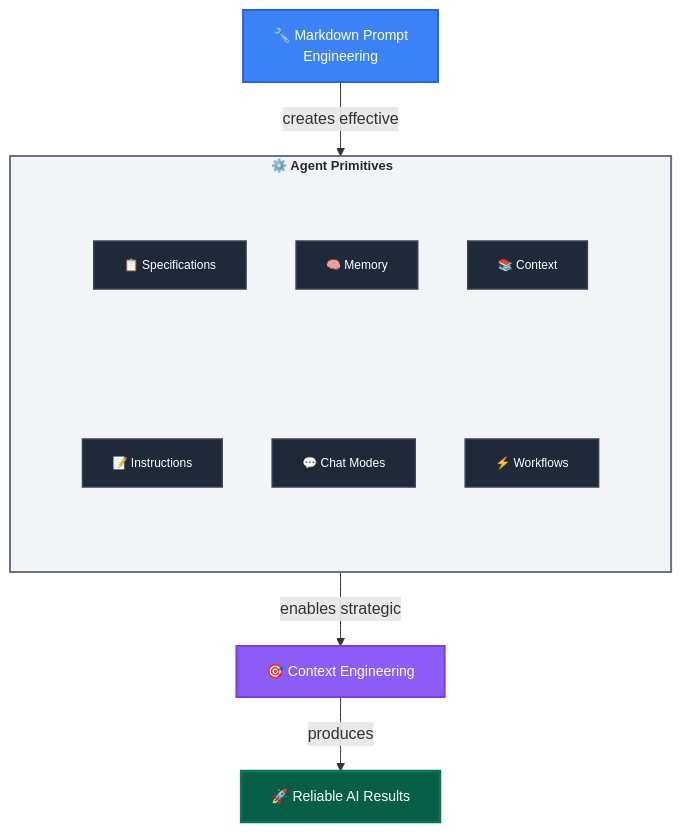
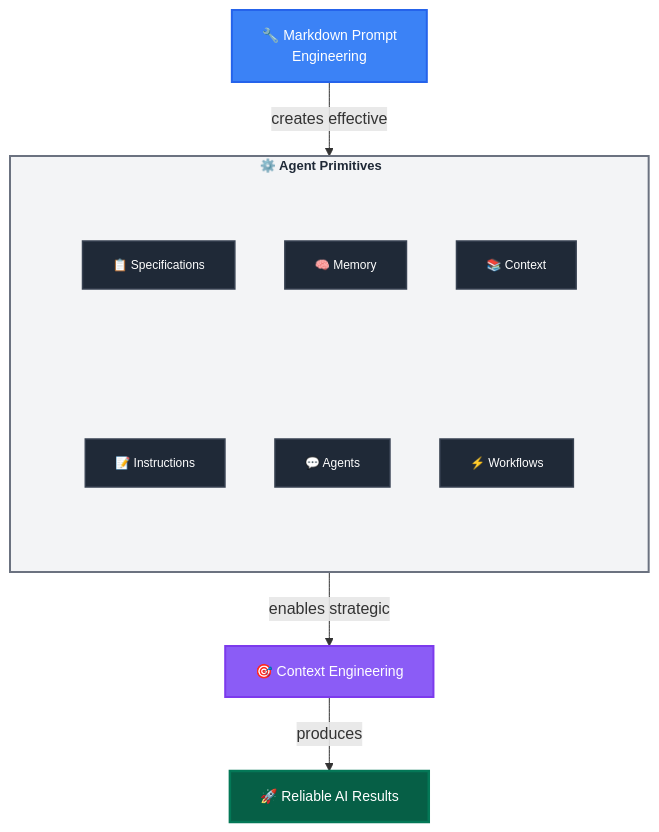
The diagram in references/ai native-concepts.md (javiarmesto/AL-Development-Collection-for-GitHub-Copilot), drawn with Mermaid before and after one commit. The commit also changed other lines of this file and 23 other files, not shown here.

First line of the commit message:
docs: Update terminology from 'Chat Modes' to 'Agents' across all documentation

````diff
--- a/references/ai native-concepts.md
+++ b/references/ai native-concepts.md
@@ -141,42 +141,42 @@
 ```mermaid
 flowchart TD
     A["🔧 Markdown Prompt<br/>Engineering"] 
     
     subgraph B ["⚙️ Agent Primitives"]
         subgraph B_ROW1 [" "]
             B1["📝 Instructions"]
-            B2["💬 Chat Modes"] 
+            B2["💬 Agents"] 
             B3["⚡ Workflows"]
         end
         subgraph B_ROW2 [" "]
             B4["📋 Specifications"]
             B5["🧠 Memory"]
             B6["📚 Context"]
         end
     end
     
     C["🎯 Context Engineering"]
     D["🚀 Reliable AI Results"]
     
     A -->|"creates effective"| B
     B -->|"enables strategic"| C
     C -->|"produces"| D
     
     %% Elegant, accessible color palette with proper contrast
     classDef foundation fill:#3b82f6,stroke:#2563eb,stroke-width:2px,color:#ffffff,font-size:14px
     classDef primitives fill:#1f2937,stroke:#374151,stroke-width:1.5px,color:#ffffff,font-size:12px
     classDef optimization fill:#8b5cf6,stroke:#7c3aed,stroke-width:2px,color:#ffffff,font-size:14px
     classDef outcome fill:#065f46,stroke:#047857,stroke-width:2.5px,color:#ffffff,font-size:14px
     
     class A foundation
     class B1,B2,B3,B4,B5,B6 primitives
     class C optimization
     class D outcome
     
     %% Hide the row subgraph borders
     style B_ROW1 fill:transparent,stroke:none
     style B_ROW2 fill:transparent,stroke:none
     
     %% High contrast container styling for Agent Primitives with spacing
     style B fill:#f3f4f6,stroke:#6b7280,stroke-width:2px,color:#1f2937,font-size:13px,font-weight:bold,margin-top:10px,padding-top:15px
 ```
````
